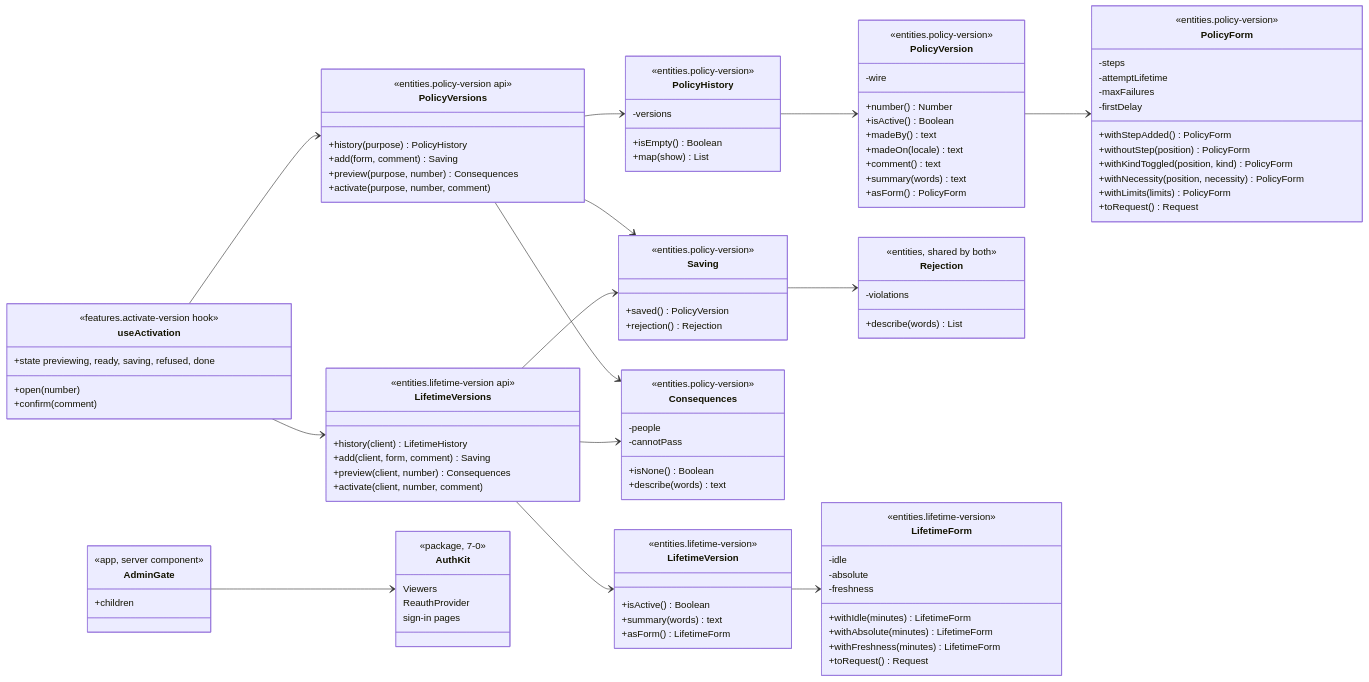
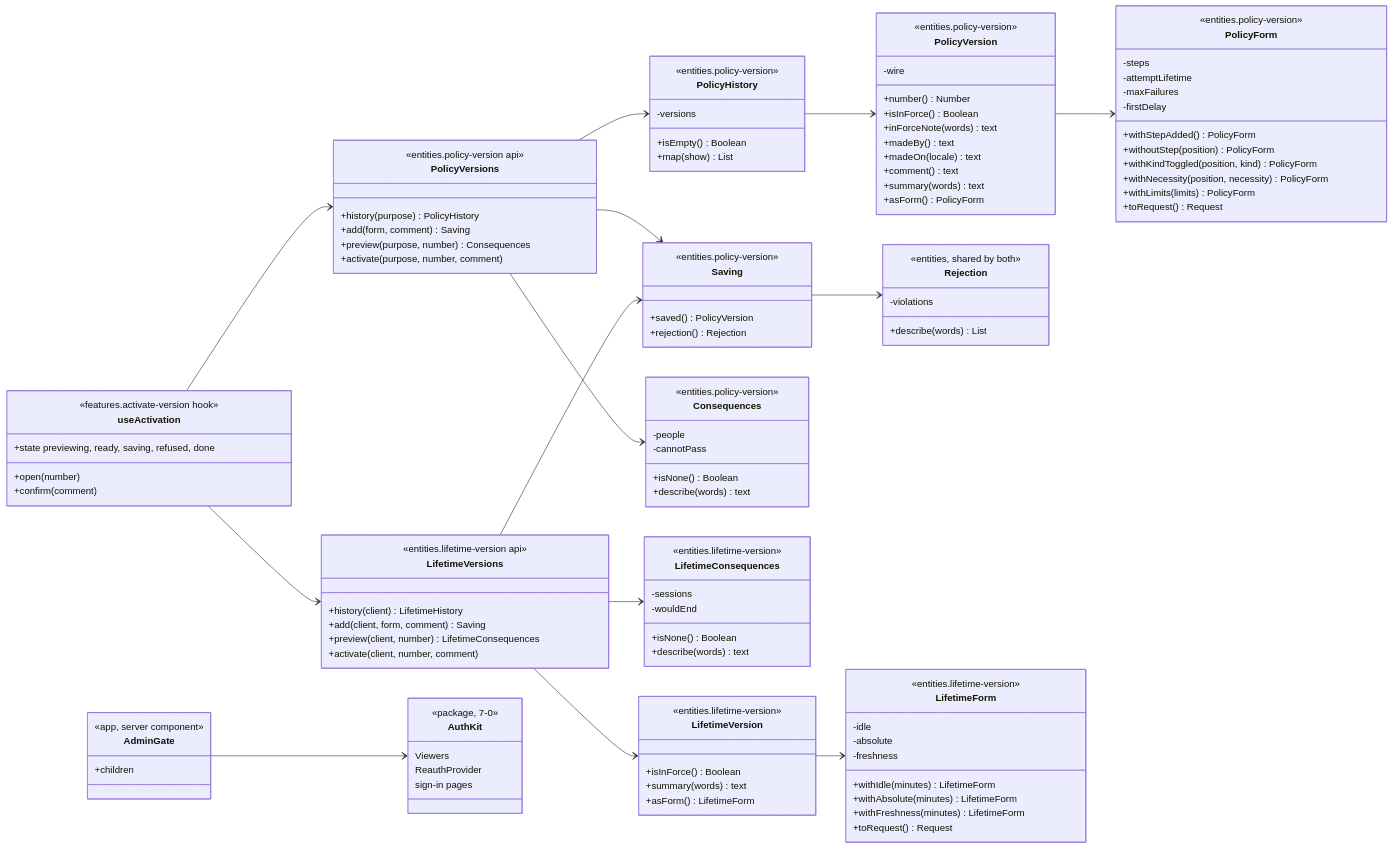
Before and after one commit to yuriisurzhykov/Tallyvane: the sixth of 6 diagrams in docs/backend/07-authentication-slice-7-admin.md, drawn with Mermaid. The commit also changed other lines of this file, not shown here.

First line of the commit message:
Align the 7c diagrams with the pushed 7b contract

```diff
--- a/docs/backend/07-authentication-slice-7-admin.md
+++ b/docs/backend/07-authentication-slice-7-admin.md
@@ -437,7 +441,8 @@
         <<entities.policy-version>>
         -wire
         +number() Number
-        +isActive() Boolean
+        +isInForce() Boolean
+        +inForceNote(words) text
         +madeBy() text
         +madeOn(locale) text
         +comment() text
@@ -474,16 +479,23 @@
         +isNone() Boolean
         +describe(words) text
     }
+    class LifetimeConsequences {
+        <<entities.lifetime-version>>
+        -sessions
+        -wouldEnd
+        +isNone() Boolean
+        +describe(words) text
+    }
     class LifetimeVersions {
         <<entities.lifetime-version api>>
         +history(client) LifetimeHistory
         +add(client, form, comment) Saving
-        +preview(client, number) Consequences
+        +preview(client, number) LifetimeConsequences
         +activate(client, number, comment)
     }
     class LifetimeVersion {
         <<entities.lifetime-version>>
-        +isActive() Boolean
+        +isInForce() Boolean
         +summary(words) text
         +asForm() LifetimeForm
     }
@@ -522,7 +534,7 @@
     LifetimeVersions --> LifetimeVersion
     LifetimeVersion --> LifetimeForm
     LifetimeVersions --> Saving
-    LifetimeVersions --> Consequences
+    LifetimeVersions --> LifetimeConsequences
     useActivation --> PolicyVersions
     useActivation --> LifetimeVersions
     AdminGate --> AuthKit
```
